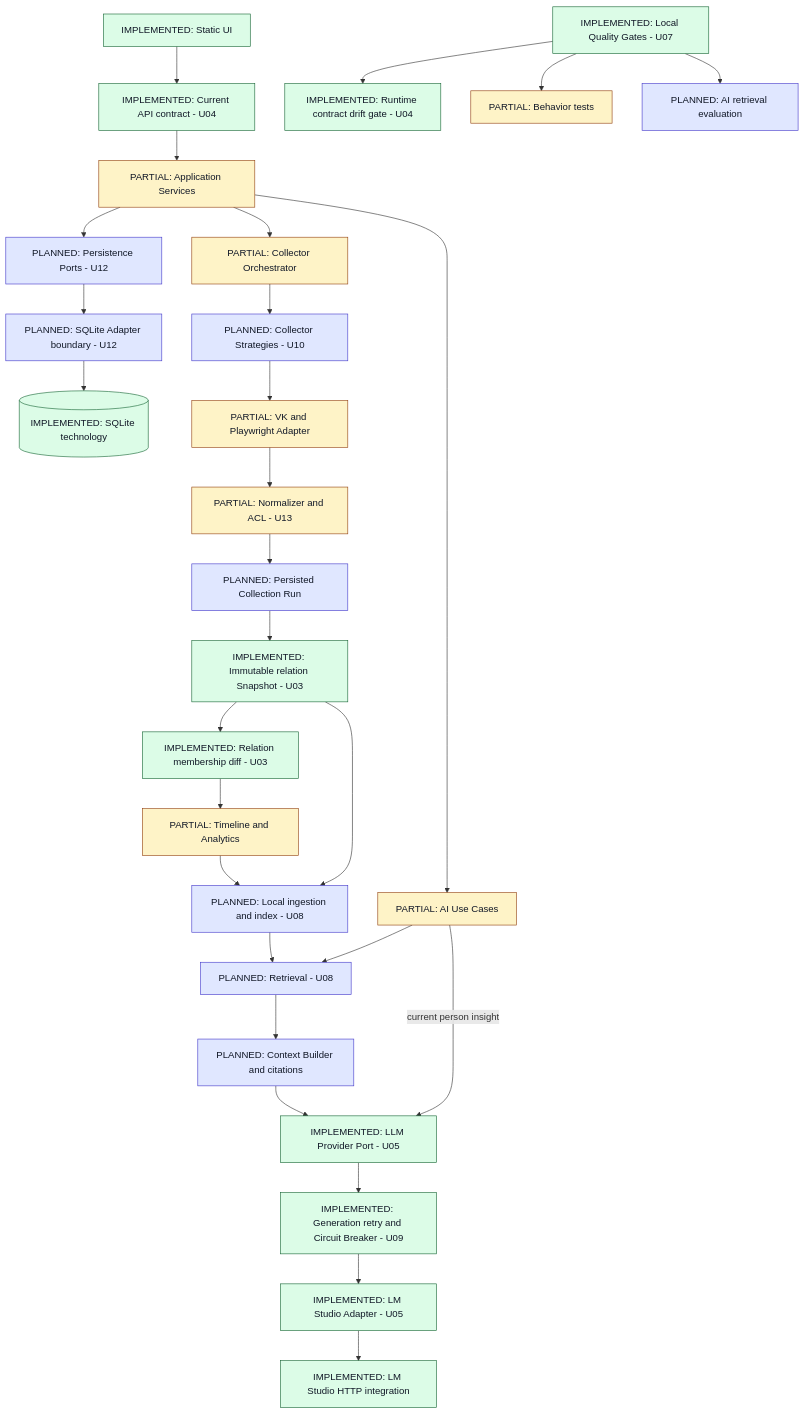
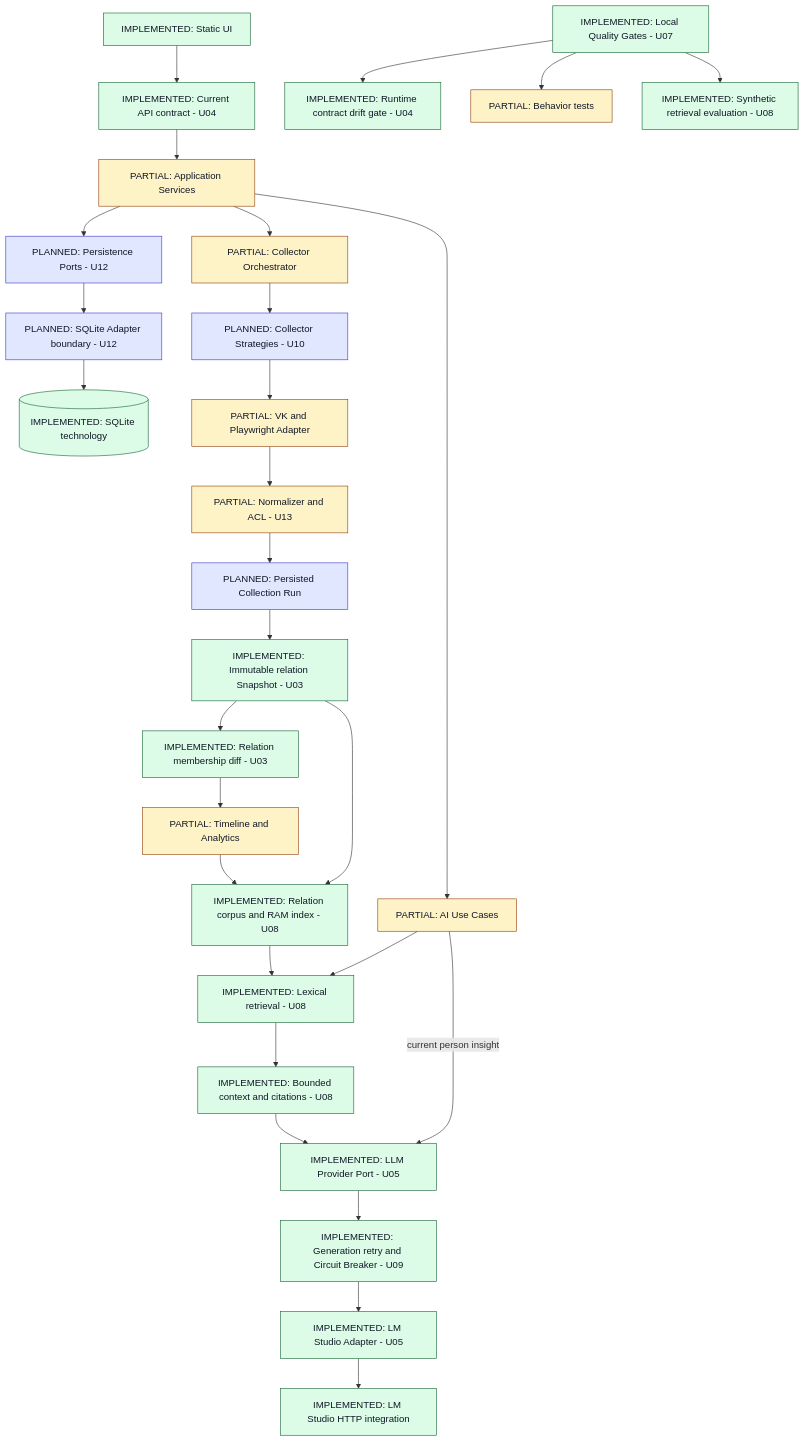
Before and after one commit to morshchagin-ivan/vk_social_radar: the diagram in docs/certification/C4_TARGET.md, drawn with Mermaid. The commit also changed other lines of this file and 32 other files, not shown here.

````diff
--- a/docs/certification/C4_TARGET.md
+++ b/docs/certification/C4_TARGET.md
@@ -7,36 +7,36 @@
 ```mermaid
 flowchart TD
   UI["IMPLEMENTED: Static UI"] --> API["IMPLEMENTED: Current API contract - U04"]
   API --> App["PARTIAL: Application Services"]
   App --> Ports["PLANNED: Persistence Ports - U12"]
   Ports --> SQLAdapter["PLANNED: SQLite Adapter boundary - U12"]
   SQLAdapter --> DB[("IMPLEMENTED: SQLite technology")]
   App --> Orchestrator["PARTIAL: Collector Orchestrator"]
   Orchestrator --> Strategies["PLANNED: Collector Strategies - U10"]
   Strategies --> VKAdapter["PARTIAL: VK and Playwright Adapter"]
   VKAdapter --> ACL["PARTIAL: Normalizer and ACL - U13"]
   ACL --> Run["PLANNED: Persisted Collection Run"]
   Run --> Snapshot["IMPLEMENTED: Immutable relation Snapshot - U03"]
   Snapshot --> Diff["IMPLEMENTED: Relation membership diff - U03"]
   Diff --> Analytics["PARTIAL: Timeline and Analytics"]
-  Snapshot --> Index["PLANNED: Local ingestion and index - U08"]
+  Snapshot --> Index["IMPLEMENTED: Relation corpus and RAM index - U08"]
   Analytics --> Index
   App --> AI["PARTIAL: AI Use Cases"]
-  AI --> Retrieval["PLANNED: Retrieval - U08"]
+  AI --> Retrieval["IMPLEMENTED: Lexical retrieval - U08"]
   Index --> Retrieval
-  Retrieval --> Context["PLANNED: Context Builder and citations"]
+  Retrieval --> Context["IMPLEMENTED: Bounded context and citations - U08"]
   Context --> Provider["IMPLEMENTED: LLM Provider Port - U05"]
   AI -->|"current person insight"| Provider
   Provider --> Resilience["IMPLEMENTED: Generation retry and Circuit Breaker - U09"]
   Resilience --> LMAdapter["IMPLEMENTED: LM Studio Adapter - U05"]
   LMAdapter --> LM["IMPLEMENTED: LM Studio HTTP integration"]
   Gates["IMPLEMENTED: Local Quality Gates - U07"] --> ContractGate["IMPLEMENTED: Runtime contract drift gate - U04"]
   Gates --> TestGate["PARTIAL: Behavior tests"]
-  Gates --> Eval["PLANNED: AI retrieval evaluation"]
+  Gates --> Eval["IMPLEMENTED: Synthetic retrieval evaluation - U08"]
   classDef implemented fill:#dcfce7,stroke:#166534,color:#111827
   classDef partial fill:#fef3c7,stroke:#92400e,color:#111827
   classDef planned fill:#e0e7ff,stroke:#4338ca,color:#111827
-  class UI,API,ContractGate,DB,LM,Provider,LMAdapter,Resilience,Snapshot,Diff,Gates implemented
+  class UI,API,ContractGate,DB,LM,Provider,LMAdapter,Resilience,Snapshot,Diff,Gates,Index,Retrieval,Context,Eval implemented
   class App,Orchestrator,VKAdapter,ACL,Analytics,AI,TestGate partial
-  class Ports,SQLAdapter,Strategies,Run,Index,Retrieval,Context,Eval planned
+  class Ports,SQLAdapter,Strategies,Run planned
 ```
````
